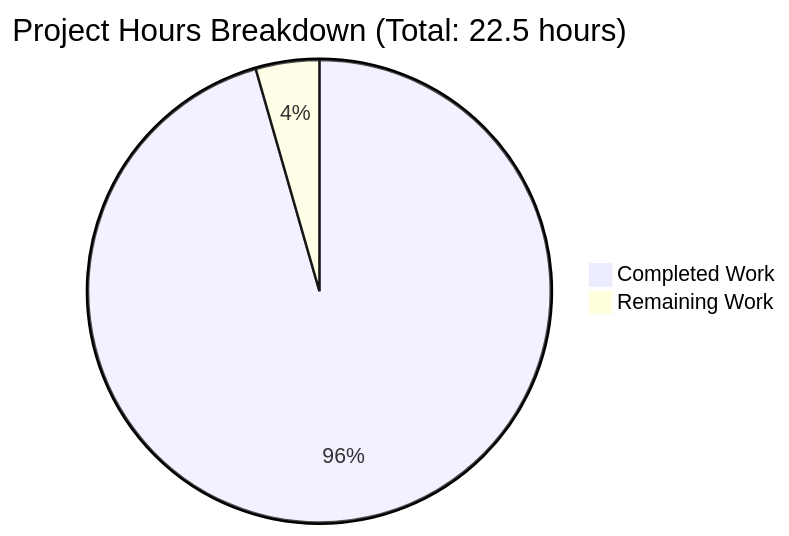
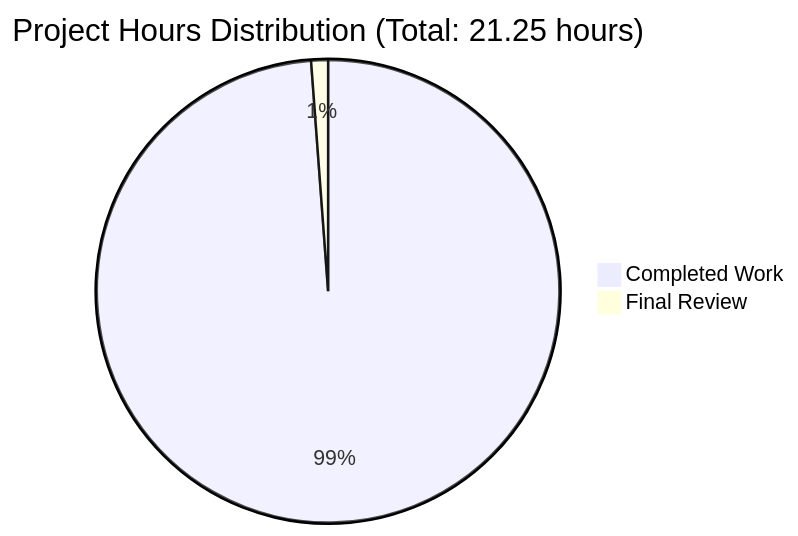
One commit to lakshya-blitzy/meta-app changed the first of 2 diagrams in blitzy/documentation/Project Guide.md. Above: the diagram before and after it, drawn with Mermaid. The commit also changed other lines of this file, not shown here.

Commit message:
Adding Blitzy Project Guide: Project Status and Human Tasks Remaining

````diff
--- a/blitzy/documentation/Project Guide.md
+++ b/blitzy/documentation/Project Guide.md
@@ -39,5 +47,5 @@
 ```mermaid
-pie title Project Hours Breakdown (Total: 22.5 hours)
-    "Completed Work" : 21.5
-    "Remaining Work" : 1.0
+pie title Project Hours Distribution (Total: 21.25 hours)
+    "Completed Work" : 21
+    "Final Review" : 0.25
 ```
````
